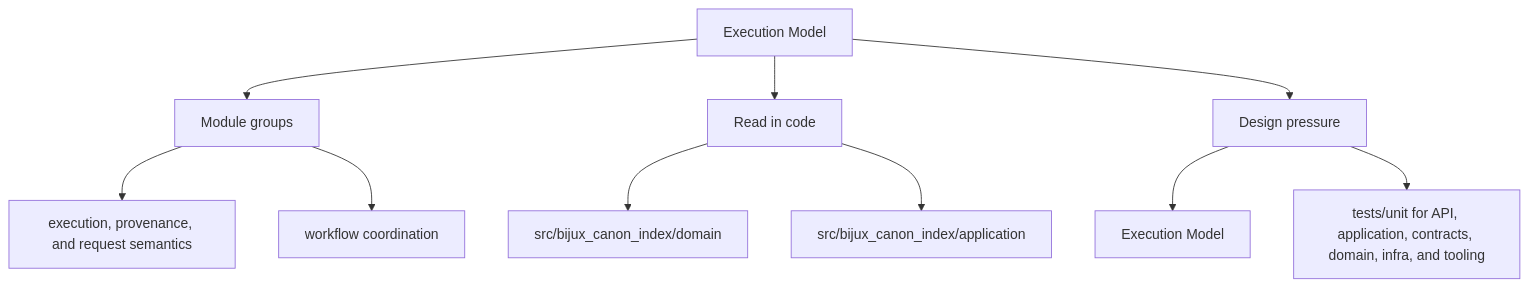
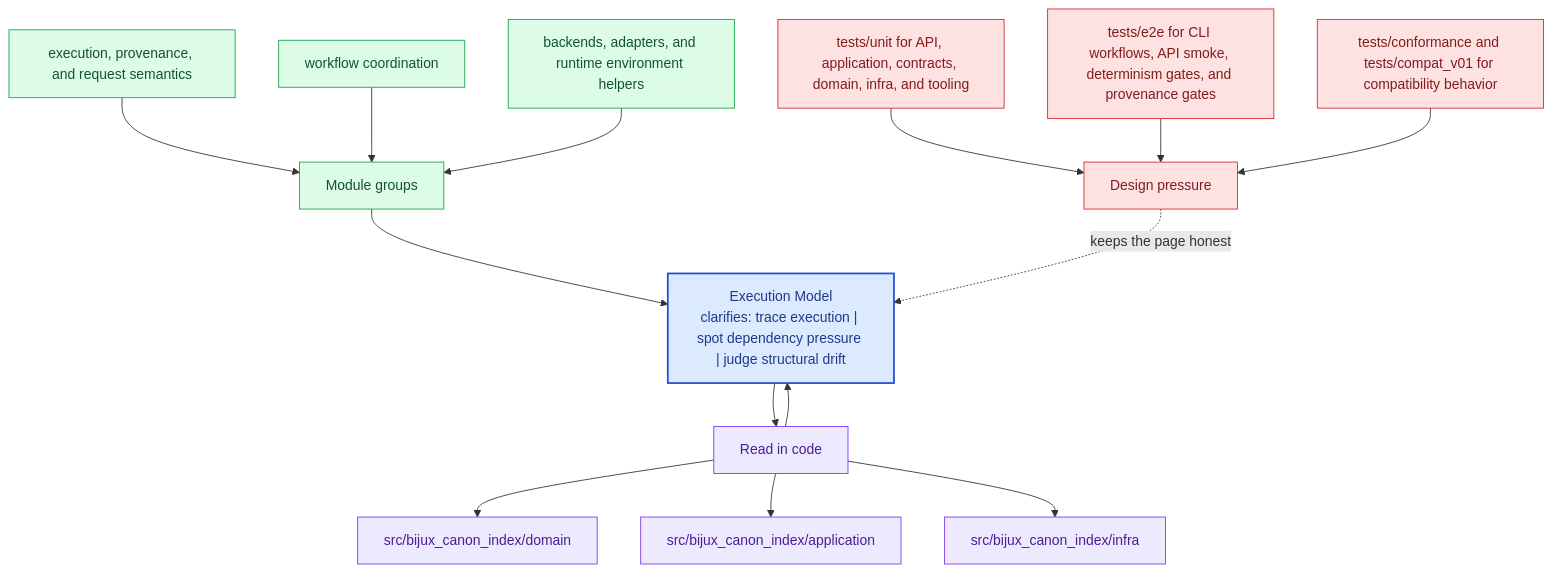
The second of 2 diagrams in docs/bijux-canon-index/architecture/execution-model.md (bijux/bijux-canon), drawn with Mermaid before and after one commit. The commit also changed other lines of this file and 281 other files, not shown here.

Commit message:
docs(diagrams): deepen handbook mermaid maps across the catalog

````diff
--- a/docs/bijux-canon-index/architecture/execution-model.md
+++ b/docs/bijux-canon-index/architecture/execution-model.md
@@ -36,22 +69,40 @@
 ```mermaid
-flowchart TD
-    page["Execution Model"]
+flowchart TB
+    promise["Execution Model<br/>clarifies: trace execution | spot dependency pressure | judge structural drift"]
+    classDef promise fill:#dbeafe,stroke:#1d4ed8,color:#1e3a8a,stroke-width:2px;
+    classDef driver fill:#dcfce7,stroke:#16a34a,color:#14532d;
+    classDef constraint fill:#fee2e2,stroke:#dc2626,color:#7f1d1d;
+    classDef ground fill:#ede9fe,stroke:#7c3aed,color:#4c1d95;
     focus1["Module groups"]
-    page --> focus1
+    focus1 --> promise
     focus1_1["execution, provenance, and request semantics"]
-    focus1 --> focus1_1
+    focus1_1 --> focus1
     focus1_2["workflow coordination"]
-    focus1 --> focus1_2
+    focus1_2 --> focus1
+    focus1_3["backends, adapters, and runtime environment helpers"]
+    focus1_3 --> focus1
+    class focus1 driver;
+    class focus1_1,focus1_2,focus1_3 driver;
     focus2["Read in code"]
-    page --> focus2
+    focus2 --> promise
+    promise --> focus2
     focus2_1["src/bijux_canon_index/domain"]
     focus2 --> focus2_1
     focus2_2["src/bijux_canon_index/application"]
     focus2 --> focus2_2
+    focus2_3["src/bijux_canon_index/infra"]
+    focus2 --> focus2_3
+    class focus2 ground;
+    class focus2_1,focus2_2,focus2_3 ground;
     focus3["Design pressure"]
-    page --> focus3
-    focus3_1["Execution Model"]
-    focus3 --> focus3_1
-    focus3_2["tests/unit for API, application, contracts, domain, infra, and tooling"]
-    focus3 --> focus3_2
+    focus3 -.keeps the page honest.-> promise
+    focus3_1["tests/unit for API, application, contracts, domain, infra, and tooling"]
+    focus3_1 --> focus3
+    focus3_2["tests/e2e for CLI workflows, API smoke, determinism gates, and provenance gates"]
+    focus3_2 --> focus3
+    focus3_3["tests/conformance and tests/compat_v01 for compatibility behavior"]
+    focus3_3 --> focus3
+    class focus3 constraint;
+    class focus3_1,focus3_2,focus3_3 constraint;
+    class promise promise;
 ```
````
